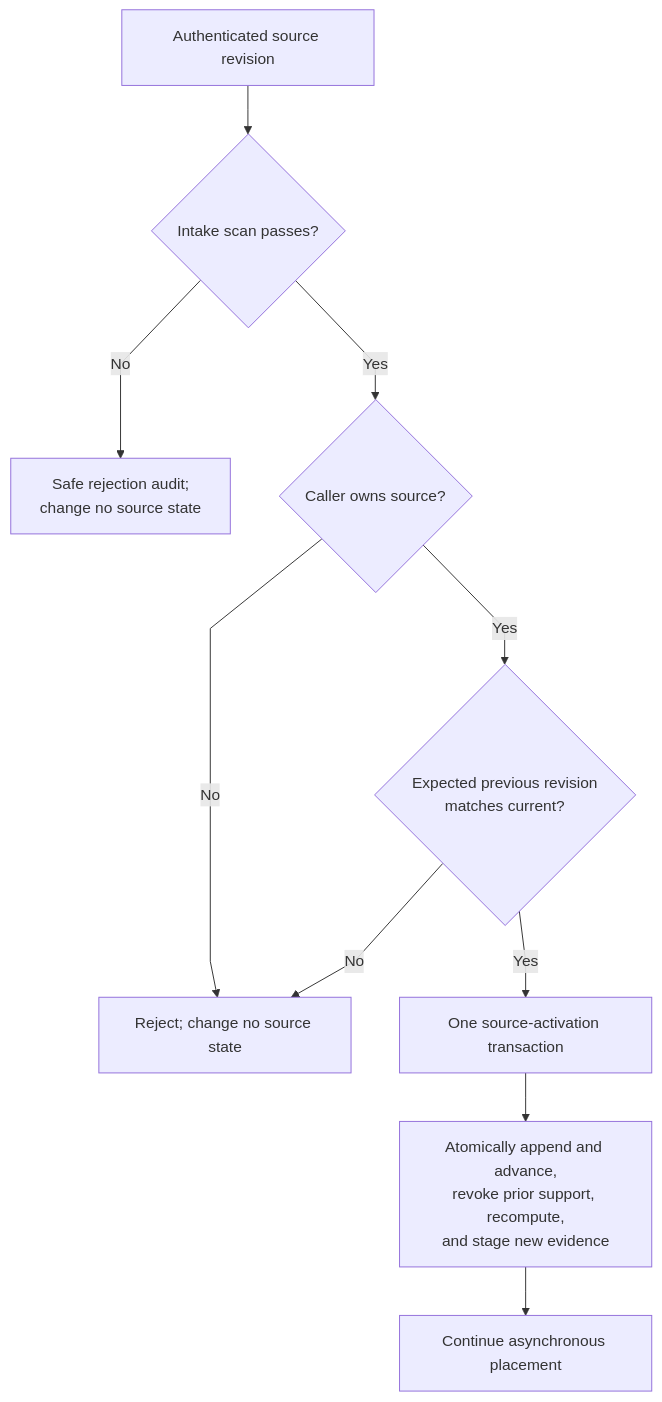
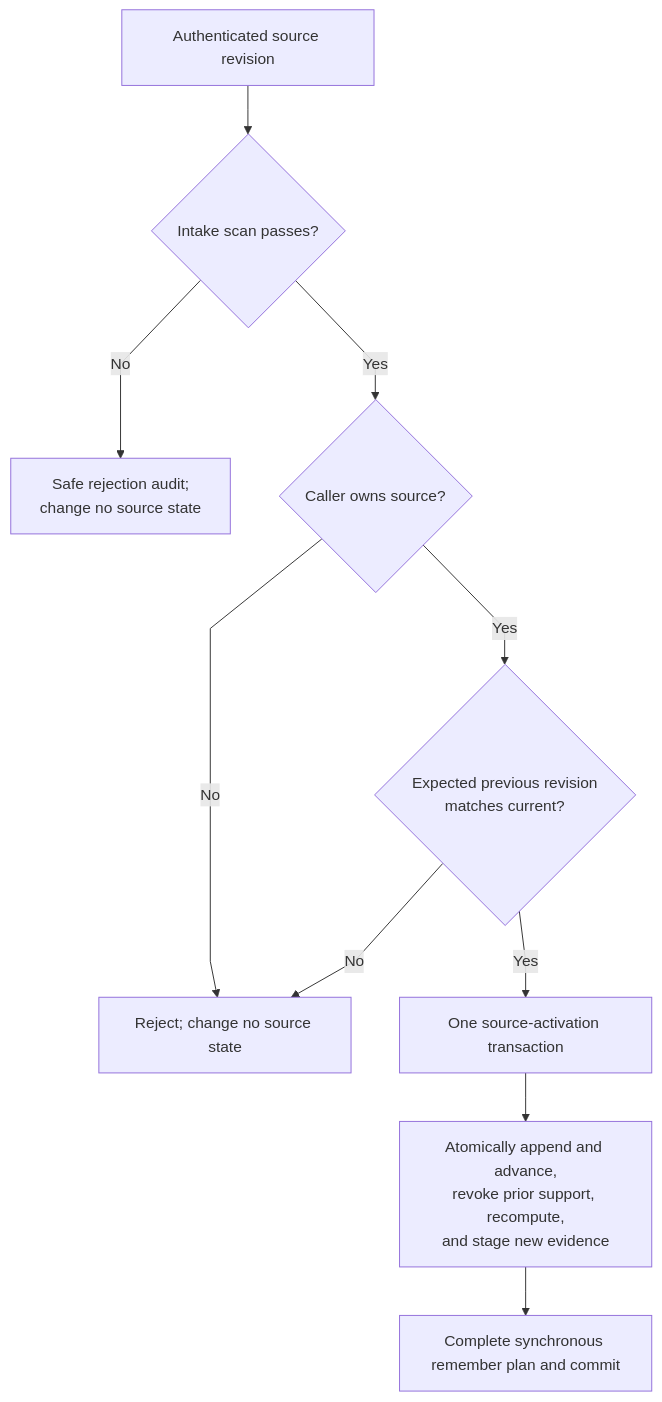
Before and after one commit to markhuangai/dense-mem: the seventh of 10 diagrams in Relationship-Model-And-Lifecycle.md, drawn with Mermaid. The commit also changed other lines of this file and 24 other files, not shown here.

First line of the commit message:
Refactor telemetry and documentation for v2.6.1 synchronous Remember lifecycle

````diff
--- a/Relationship-Model-And-Lifecycle.md
+++ b/Relationship-Model-And-Lifecycle.md
@@ -684,13 +685,13 @@
 ```mermaid
 %%{init: {"flowchart": {"curve": "linear"}}}%%
 flowchart TD
   Input["Authenticated source revision"] --> Scan{"Intake scan passes?"}
   Scan -- No --> Audit["Safe rejection audit;<br/>change no source state"]
   Scan -- Yes --> Owner{"Caller owns source?"}
   Owner -- No --> Reject["Reject; change no source state"]
   Owner -- Yes --> Previous{"Expected previous revision<br/>matches current?"}
   Previous -- No --> Reject
   Previous -- Yes --> Tx["One source-activation transaction"]
   Tx --> Effects["Atomically append and advance,<br/>revoke prior support, recompute,<br/>and stage new evidence"]
-  Effects --> Place["Continue asynchronous placement"]
+  Effects --> Remember["Complete synchronous remember plan and commit"]
 ```
````
